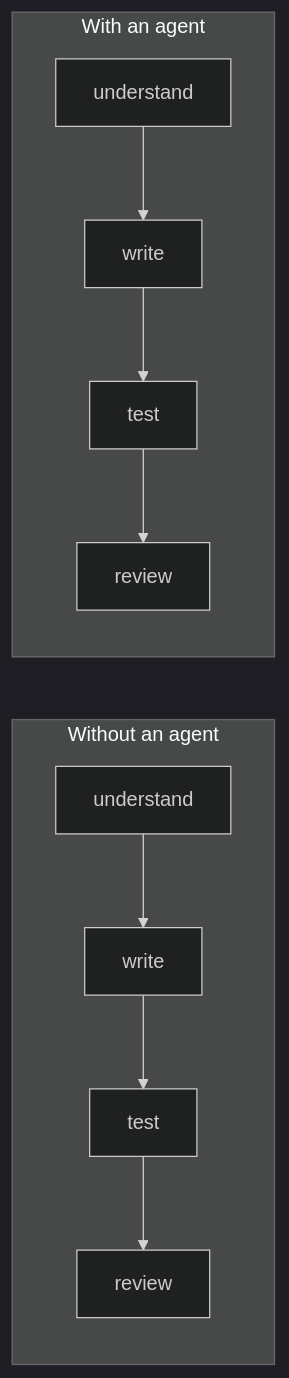
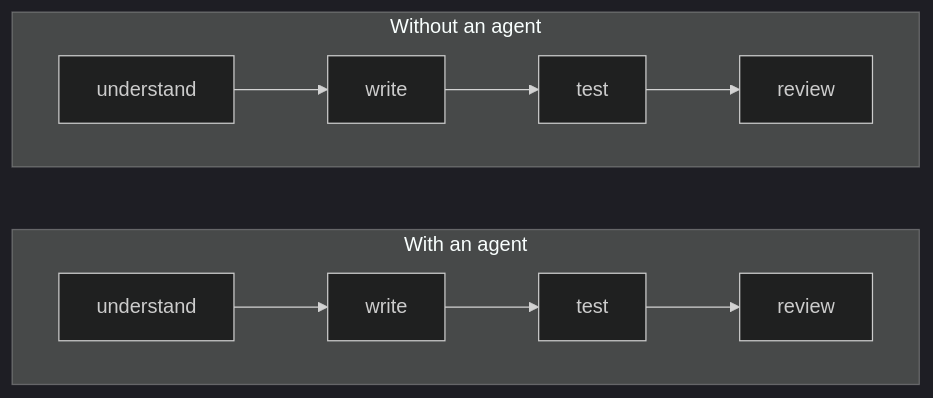
Before and after one commit to riddam/riddam.github.io: the first of 2 diagrams in src/content/engineering/is-it-actually-making-you-faster.md, drawn with Mermaid (dark theme). The commit also changed other lines of this file and 2 other files, not shown here.

First line of the commit message:
AI Foundations: step 3 duplication audit, diagram fix, and review

````diff
--- a/src/content/engineering/is-it-actually-making-you-faster.md
+++ b/src/content/engineering/is-it-actually-making-you-faster.md
@@ -74,9 +74,12 @@
 ```mermaid
-flowchart LR
+flowchart TB
   subgraph BEFORE["Without an agent"]
+    direction LR
     A1["understand"] --> A2["write"] --> A3["test"] --> A4["review"]
   end
   subgraph AFTER["With an agent"]
+    direction LR
     B1["understand"] --> B2["write"] --> B3["test"] --> B4["review"]
   end
+  BEFORE ~~~ AFTER
 ```
````
